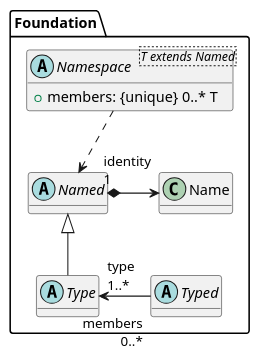
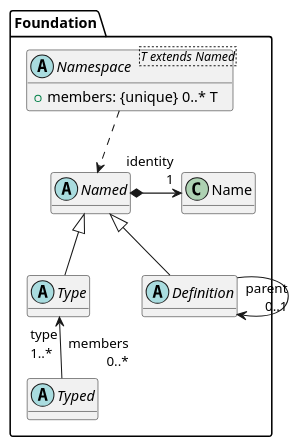
One commit to sdm-lang/sdml-io changed the second of 18 diagrams in docs/meta-model.org. Above: the diagram before and after it, drawn with PlantUML. The commit also changed other lines of this file and 20 other files, not shown here.

```diff
--- a/docs/meta-model.org
+++ b/docs/meta-model.org
@@ -62,25 +99,29 @@
 #+BEGIN_SRC plantuml :file ./metamodel-foundation.svg
 @startuml
 skinparam backgroundColor transparent
 skinparam linetype polyline
 skinparam nodesep 50
 hide methods
 
 package Foundation {
     abstract class "Namespace<T extends Named>" as g_Namespace {
         +members: {unique} 0..* T
     }
     abstract class Named {}
     class Name {}
     
     g_Namespace ..> Named
-    Named *---right---> "identity\l1" Name
+    Named *---right---> "identity\r1" Name
+
+    abstract class Definition {}
+    Definition -up-|> Named
+    Definition ---> "parent\r0..1" Definition
 
     abstract class Type {}
     abstract class Typed {}
 
     Type -up-|> Named
-    Typed "members\r0..*" ---left---> "type\l1..*" Type
+    Typed "members\r0..*" -up-> "type\l1..*" Type
 }
 @enduml
 #+END_SRC
```
